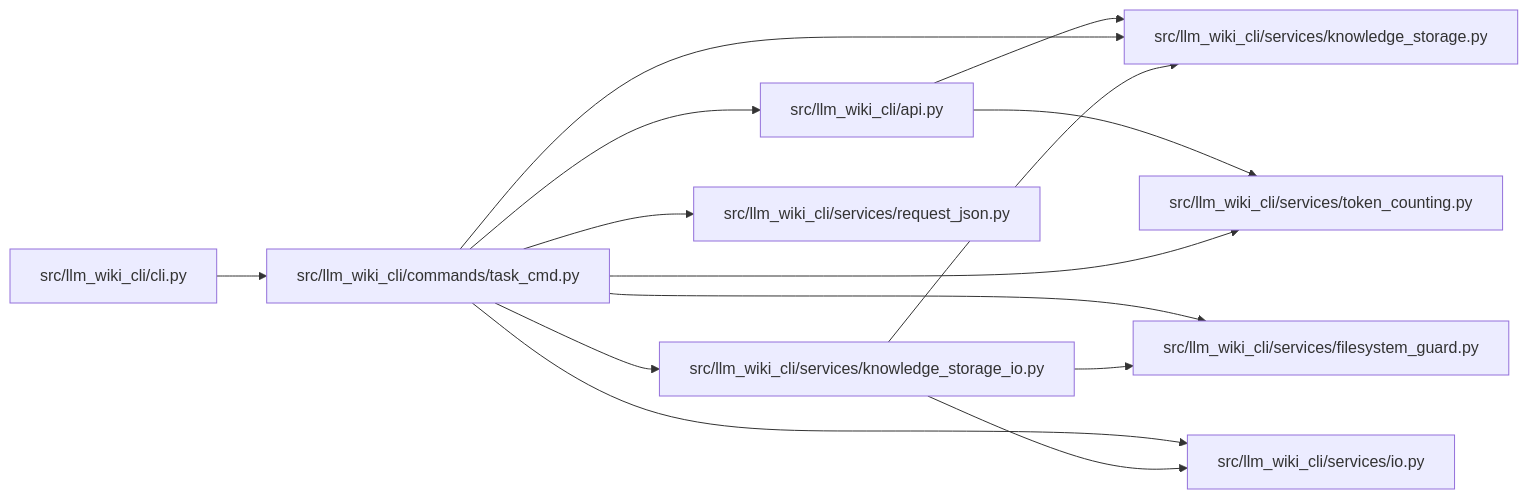
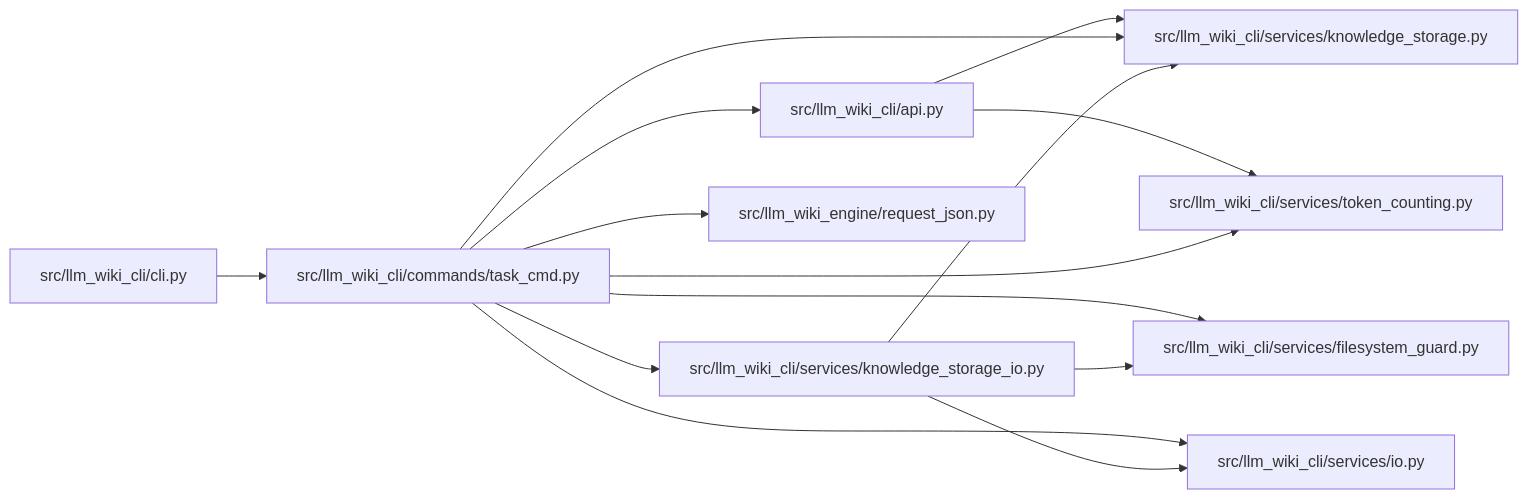
One commit to Denissvgn/python-wiki-llm changed the diagram in docs/llm_wiki/modules/task_cmd.md. Above: the diagram before and after it, drawn with Mermaid. The commit also changed other lines of this file and 1103 other files, not shown here.

First line of the commit message:
docs: refresh the wiki for the llm-wiki-engine distribution

````diff
--- a/docs/llm_wiki/modules/task_cmd.md
+++ b/docs/llm_wiki/modules/task_cmd.md
@@ -28,34 +28,34 @@
 ```mermaid
 flowchart LR
     n0["src/llm_wiki_cli/api.py"]
     n1["src/llm_wiki_cli/cli.py"]
     n2["src/llm_wiki_cli/commands/task_cmd.py"]
     n3["src/llm_wiki_cli/services/filesystem_guard.py"]
     n4["src/llm_wiki_cli/services/io.py"]
     n5["src/llm_wiki_cli/services/knowledge_storage.py"]
     n6["src/llm_wiki_cli/services/knowledge_storage_io.py"]
-    n7["src/llm_wiki_cli/services/request_json.py"]
-    n8["src/llm_wiki_cli/services/token_counting.py"]
+    n7["src/llm_wiki_cli/services/token_counting.py"]
+    n8["src/llm_wiki_engine/request_json.py"]
     n0 --> n5
-    n0 --> n8
+    n0 --> n7
     n1 --> n2
     n2 --> n0
     n2 --> n3
     n2 --> n4
     n2 --> n5
     n2 --> n6
     n2 --> n7
     n2 --> n8
     n6 --> n3
     n6 --> n4
     n6 --> n5
     click n0 "../modules/api.md"
     click n1 "../modules/cli.md"
     click n2 "../modules/task_cmd.md"
     click n3 "../modules/filesystem_guard.md"
     click n4 "../modules/io.md"
     click n5 "../modules/knowledge_storage.md"
     click n6 "../modules/knowledge_storage_io.md"
-    click n7 "../modules/request_json.md"
-    click n8 "../modules/token_counting.md"
+    click n7 "../modules/token_counting.md"
+    click n8 "../modules/request_json.md"
 ```
````
